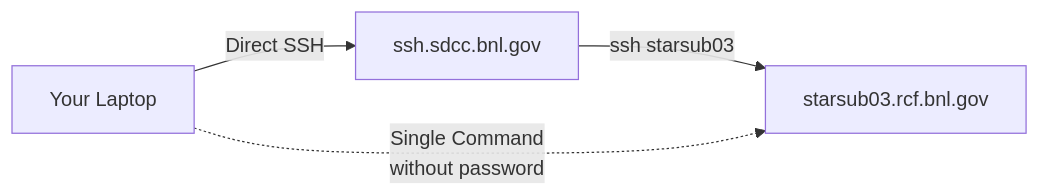
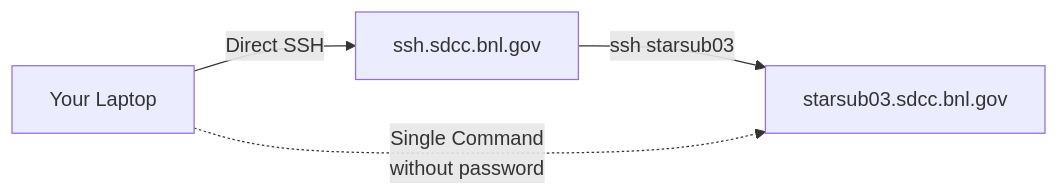
Before and after one commit to star-juniors/star-juniors.github.io: the diagram in software/ssh/index.md, drawn with Mermaid.

````diff
--- a/software/ssh/index.md
+++ b/software/ssh/index.md
@@ -10,8 +10,8 @@
 ```mermaid
 flowchart LR
     A[Your Laptop] -->|Direct SSH| B[ssh.sdcc.bnl.gov]
-    B -->|ssh starsub03| C[starsub03.rcf.bnl.gov]
+    B -->|ssh starsub03| C[starsub03.sdcc.bnl.gov]
     A -.->| Single Command 
     without password| C
 
 ```
````
